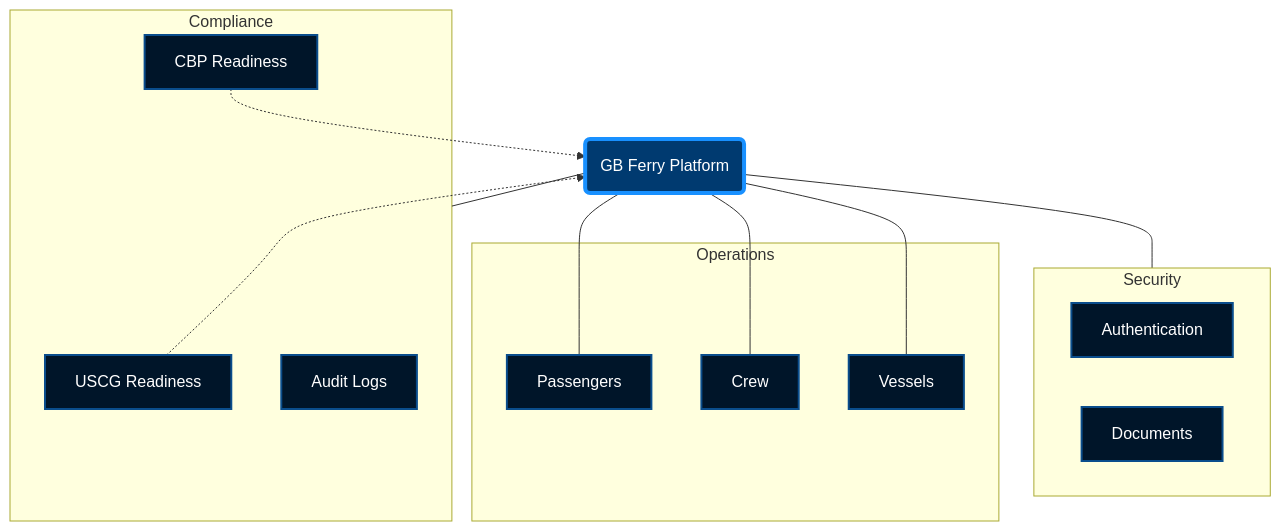
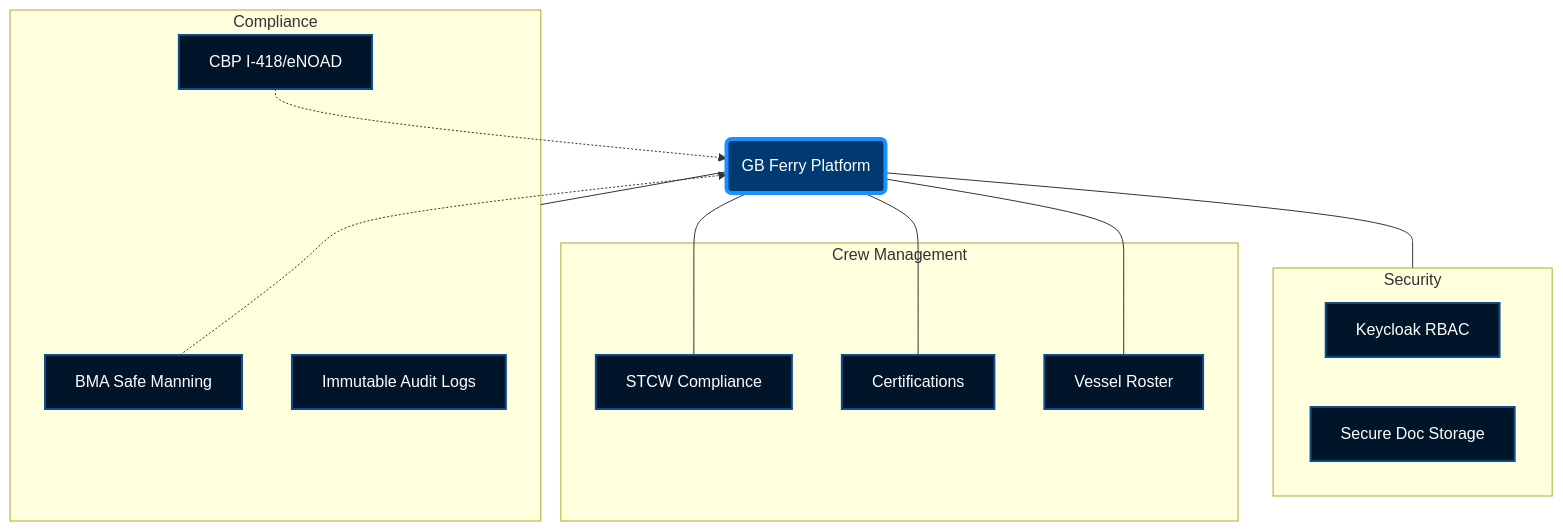
Before and after one commit to IslandManSwevo/gb-ferry-app: the diagram in docs/PLATFORM_INFOGRAPHIC.md, drawn with Mermaid. The commit also changed other lines of this file and 59 other files, not shown here.

Commit message:
feat: Establish foundational API and web application with modules for crew management, compliance, audit logging, and document processing.

````diff
--- a/docs/PLATFORM_INFOGRAPHIC.md
+++ b/docs/PLATFORM_INFOGRAPHIC.md
@@ -18,41 +18,41 @@
 ```mermaid
 graph TD
     %% Styling
     classDef hub fill:#003a70,stroke:#1890ff,stroke-width:4px,color:white;
     classDef module fill:#001529,stroke:#0a4d8c,stroke-width:2px,color:white;
     classDef ext fill:#1890ff,stroke:#fff,stroke-width:1px,color:white;
 
     %% Nodes
     Core(GB Ferry Platform)
 
-    subgraph Operations
-        Pass[Passengers]
-        Crew[Crew]
-        Vessel[Vessels]
+    subgraph "Crew Management"
+        Crew[STCW Compliance]
+        Cert[Certifications]
+        Vessel[Vessel Roster]
     end
 
     subgraph Compliance
-        USCG[USCG Readiness]
-        CBP[CBP Readiness]
-        Audit[Audit Logs]
+        BMA[BMA Safe Manning]
+        CBP[CBP I-418/eNOAD]
+        Audit[Immutable Audit Logs]
     end
 
     subgraph Security
-        Auth[Authentication]
-        Docs[Documents]
+        Auth[Keycloak RBAC]
+        Docs[Secure Doc Storage]
     end
 
     %% Connections
-    Core --- Pass
     Core --- Crew
+    Core --- Cert
     Core --- Vessel
     Core --- Compliance
     Core --- Security
 
-    USCG -.-> Core
+    BMA -.-> Core
     CBP -.-> Core
 
     %% Apply Styles
     class Core hub;
-    class Pass,Crew,Vessel,USCG,CBP,Audit,Auth,Docs module;
+    class Crew,Cert,Vessel,BMA,CBP,Audit,Auth,Docs module;
 ```
````
